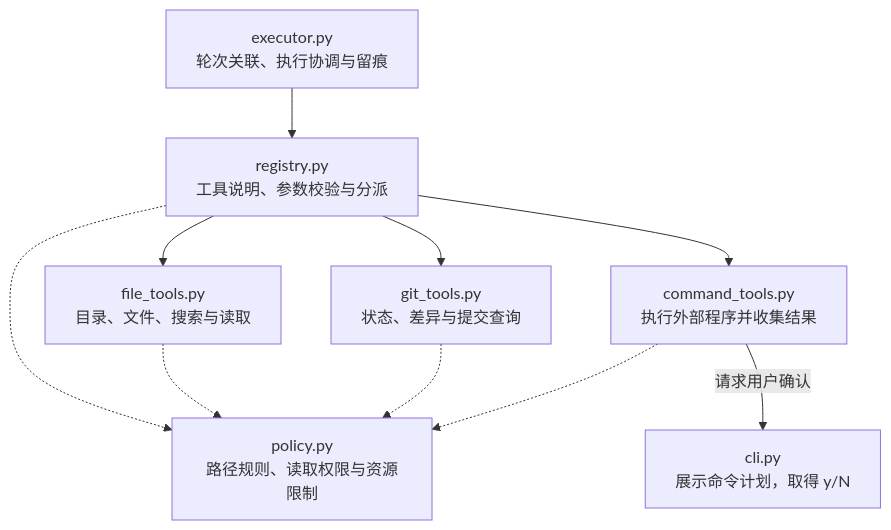
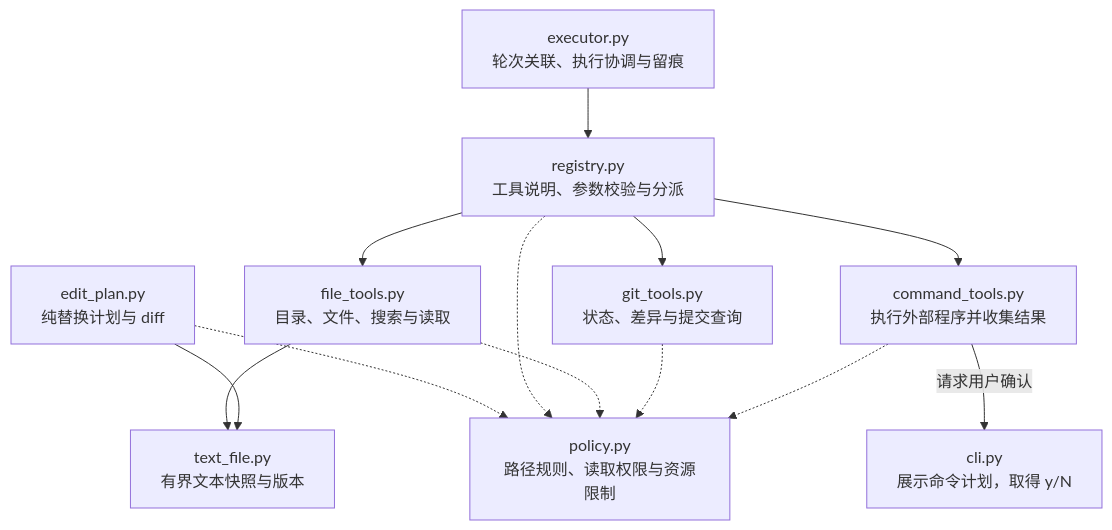
The second of 3 diagrams in docs/architecture.md (Plvltra/AdamAgent), drawn with Mermaid before and after one commit. The commit also changed other lines of this file and 10 other files, not shown here.

````diff
--- a/docs/architecture.md
+++ b/docs/architecture.md
@@ -71,13 +71,16 @@
 ```mermaid
 flowchart TD
     E["executor.py<br/>轮次关联、执行协调与留痕"] --> R["registry.py<br/>工具说明、参数校验与分派"]
     R --> F["file_tools.py<br/>目录、文件、搜索与读取"]
+    F --> SNAP["text_file.py<br/>有界文本快照与版本"]
+    PLAN["edit_plan.py<br/>纯替换计划与 diff"] --> SNAP
+    PLAN -.-> P
     R --> G["git_tools.py<br/>状态、差异与提交查询"]
     R --> C["command_tools.py<br/>执行外部程序并收集结果"]
     C -->|"请求用户确认"| UI["cli.py<br/>展示命令计划，取得 y/N"]
 
     R -.-> P["policy.py<br/>路径规则、读取权限与资源限制"]
     F -.-> P
     G -.-> P
     C -.-> P
 ```
````
